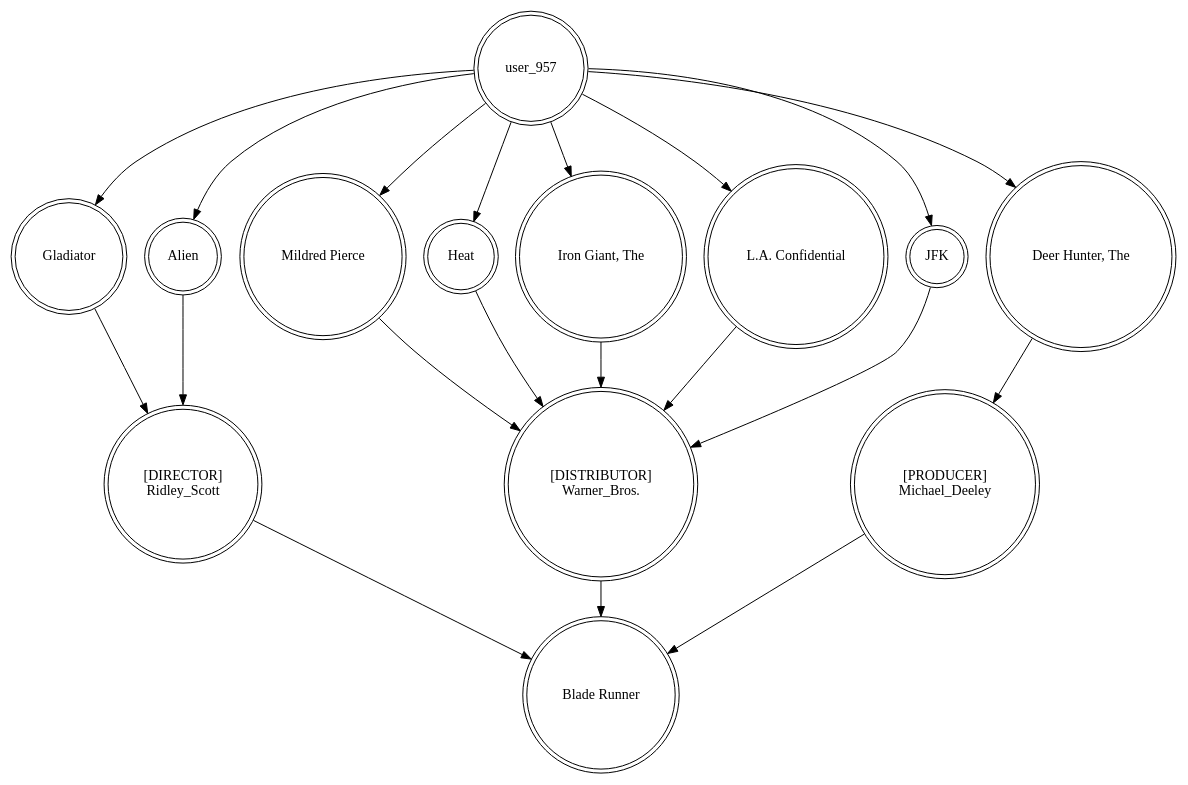
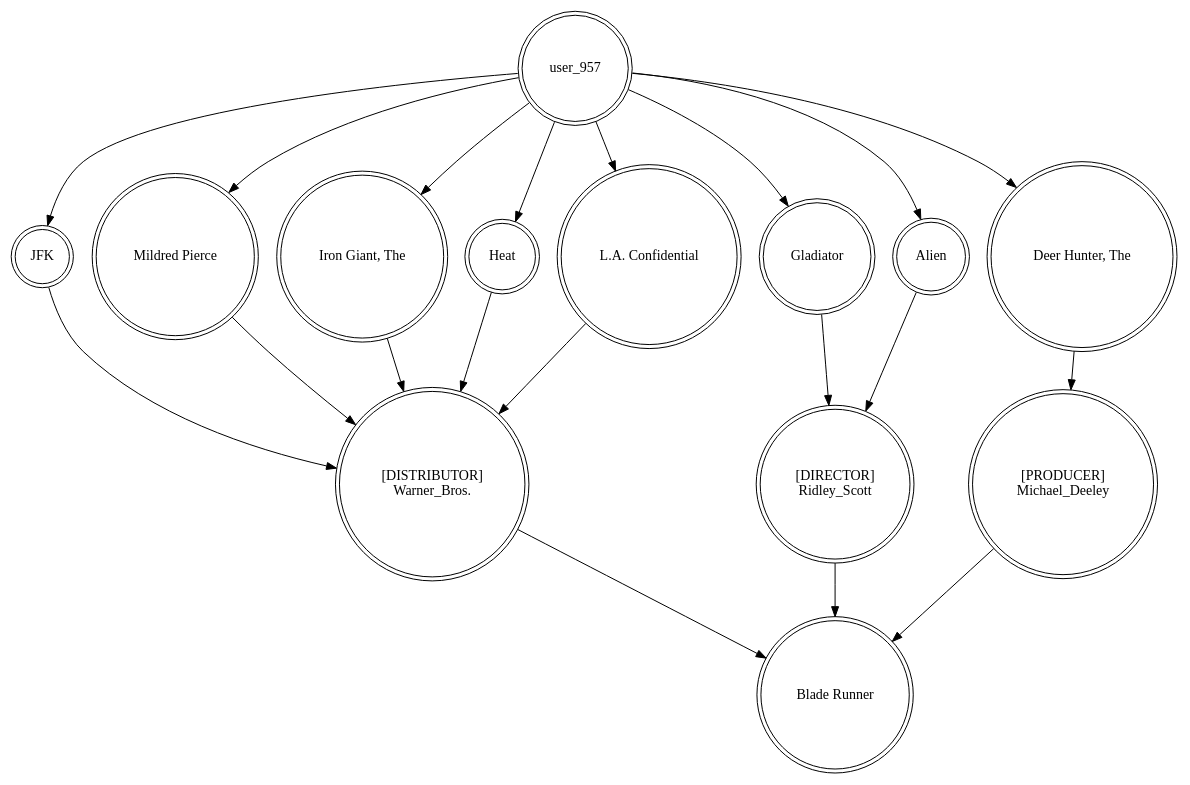
One commit to saiteja-siddana/Movie-Recommendations-GUI changed the diagram in cache/kgr_graph_user-user_957_item-541.gv. Above: the diagram before and after it, drawn with Graphviz. The commit also changed other lines of this file and 244 other files, not shown here.

Commit message:
Added demo and updated old deprecated graphviz code

```diff
--- a/cache/kgr_graph_user-user_957_item-541.gv
+++ b/cache/kgr_graph_user-user_957_item-541.gv
@@ -1,33 +1,33 @@
 digraph finite_state_machine {
 	node [shape=doublecircle]
+	JFK -> "[DISTRIBUTOR]
+Warner_Bros."
+	user_957 -> "Mildred Pierce"
+	user_957 -> "Iron Giant, The"
+	user_957 -> Gladiator
+	user_957 -> Heat
 	"[DISTRIBUTOR]
 Warner_Bros." -> "Blade Runner"
-	user_957 -> Gladiator
+	"Iron Giant, The" -> "[DISTRIBUTOR]
+Warner_Bros."
+	"[DIRECTOR]
+Ridley_Scott" -> "Blade Runner"
 	"Mildred Pierce" -> "[DISTRIBUTOR]
 Warner_Bros."
+	Heat -> "[DISTRIBUTOR]
+Warner_Bros."
+	user_957 -> "L.A. Confidential"
+	user_957 -> "Deer Hunter, The"
 	Gladiator -> "[DIRECTOR]
 Ridley_Scott"
-	user_957 -> "Deer Hunter, The"
+	user_957 -> JFK
 	user_957 -> Alien
-	"[DIRECTOR]
-Ridley_Scott" -> "Blade Runner"
-	Heat -> "[DISTRIBUTOR]
-Warner_Bros."
 	"[PRODUCER]
 Michael_Deeley" -> "Blade Runner"
-	user_957 -> "Iron Giant, The"
+	"Deer Hunter, The" -> "[PRODUCER]
+Michael_Deeley"
 	"L.A. Confidential" -> "[DISTRIBUTOR]
 Warner_Bros."
-	user_957 -> JFK
 	Alien -> "[DIRECTOR]
 Ridley_Scott"
-	user_957 -> Heat
-	user_957 -> "Mildred Pierce"
-	"Iron Giant, The" -> "[DISTRIBUTOR]
-Warner_Bros."
-	JFK -> "[DISTRIBUTOR]
-Warner_Bros."
-	user_957 -> "L.A. Confidential"
-	"Deer Hunter, The" -> "[PRODUCER]
-Michael_Deeley"
 }
```
